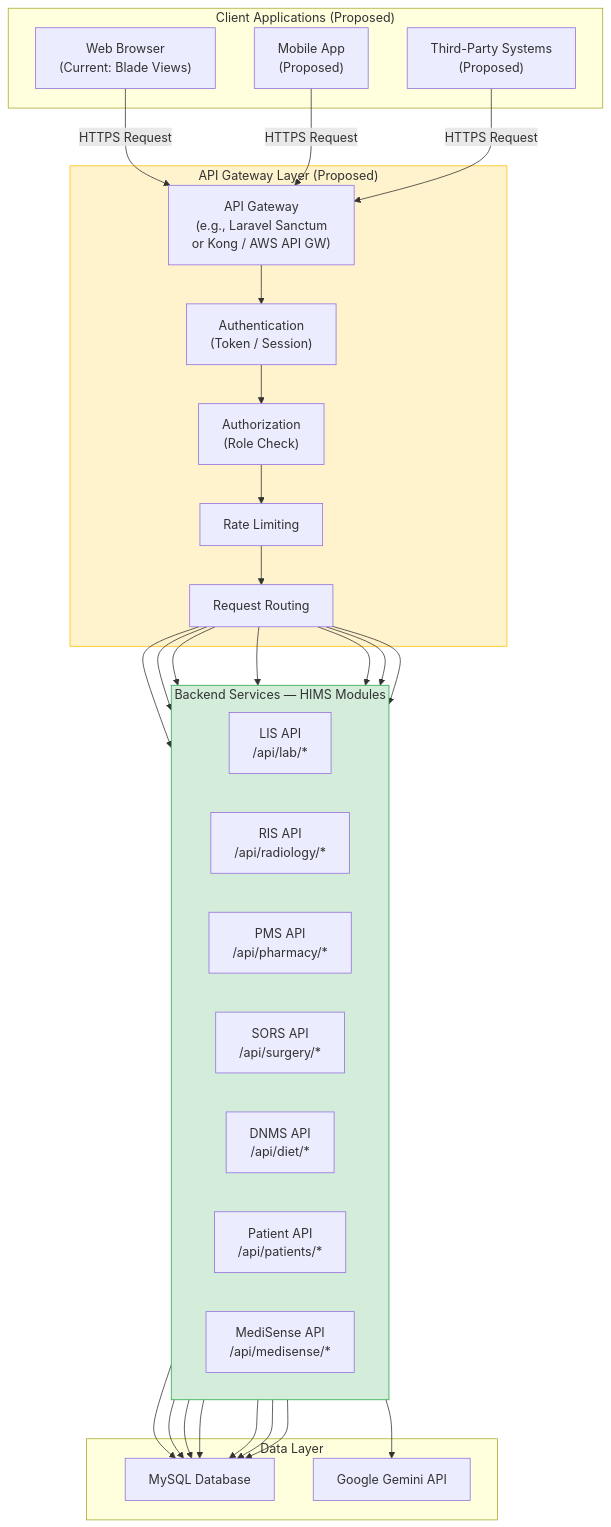
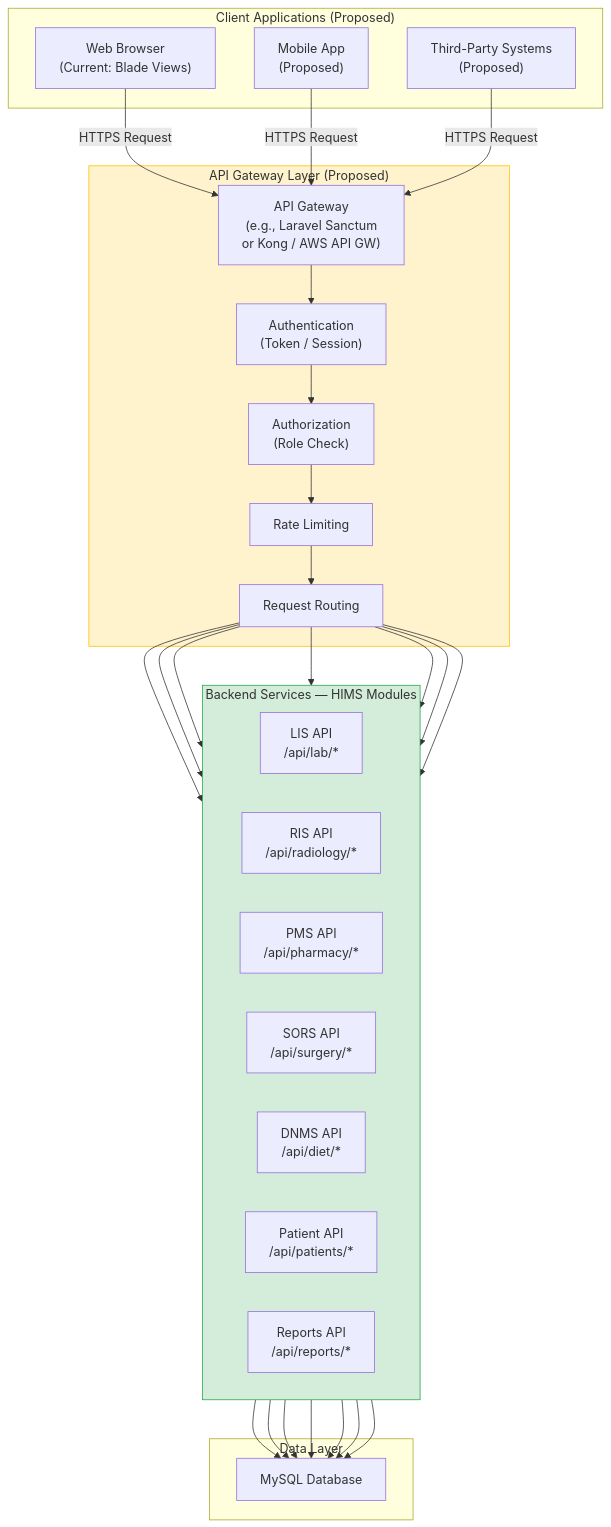
One commit to Lesthermonleon/DTCS changed the tenth of 14 diagrams in hims_14_diagrams.md. Above: the diagram before and after it, drawn with Mermaid. The commit also changed other lines of this file and 43 other files, not shown here.

Commit message:
new version of MediSense AI

````diff
--- a/hims_14_diagrams.md
+++ b/hims_14_diagrams.md
@@ -473,42 +440,39 @@
 ```mermaid
 graph TB
     subgraph CLIENTS["Client Applications (Proposed)"]
         WEB_CLIENT["Web Browser\n(Current: Blade Views)"]
         MOBILE["Mobile App\n(Proposed)"]
         THIRD_PARTY["Third-Party Systems\n(Proposed)"]
     end
 
     subgraph GATEWAY["API Gateway Layer (Proposed)"]
         AG["API Gateway\n(e.g., Laravel Sanctum\nor Kong / AWS API GW)"]
         AG_AUTH["Authentication\n(Token / Session)"]
         AG_RBAC["Authorization\n(Role Check)"]
         RATE["Rate Limiting"]
         ROUTE["Request Routing"]
     end
 
     subgraph SERVICES["Backend Services — HIMS Modules"]
         direction LR
         LIS_API["LIS API\n/api/lab/*"]
         RIS_API["RIS API\n/api/radiology/*"]
         PMS_API["PMS API\n/api/pharmacy/*"]
         SORS_API["SORS API\n/api/surgery/*"]
         DNMS_API["DNMS API\n/api/diet/*"]
         PATIENT_API["Patient API\n/api/patients/*"]
-        AI_API["MediSense API\n/api/medisense/*"]
+        AI_API["Reports API\n/api/reports/*"]
     end
 
     subgraph DATA_LAYER["Data Layer"]
         DB["MySQL Database"]
-        GEMINI_GW["Google Gemini API"]
     end
 
     WEB_CLIENT & MOBILE & THIRD_PARTY -->|HTTPS Request| AG
     AG --> AG_AUTH --> AG_RBAC --> RATE --> ROUTE
     ROUTE --> LIS_API & RIS_API & PMS_API & SORS_API & DNMS_API & PATIENT_API & AI_API
-    LIS_API & RIS_API & PMS_API & SORS_API & DNMS_API & PATIENT_API --> DB
-    AI_API --> DB
-    AI_API --> GEMINI_GW
+    LIS_API & RIS_API & PMS_API & SORS_API & DNMS_API & PATIENT_API & AI_API --> DB
 
     style GATEWAY fill:#fff3cd,stroke:#ffc107
     style SERVICES fill:#d4edda,stroke:#28a745
 ```
````
